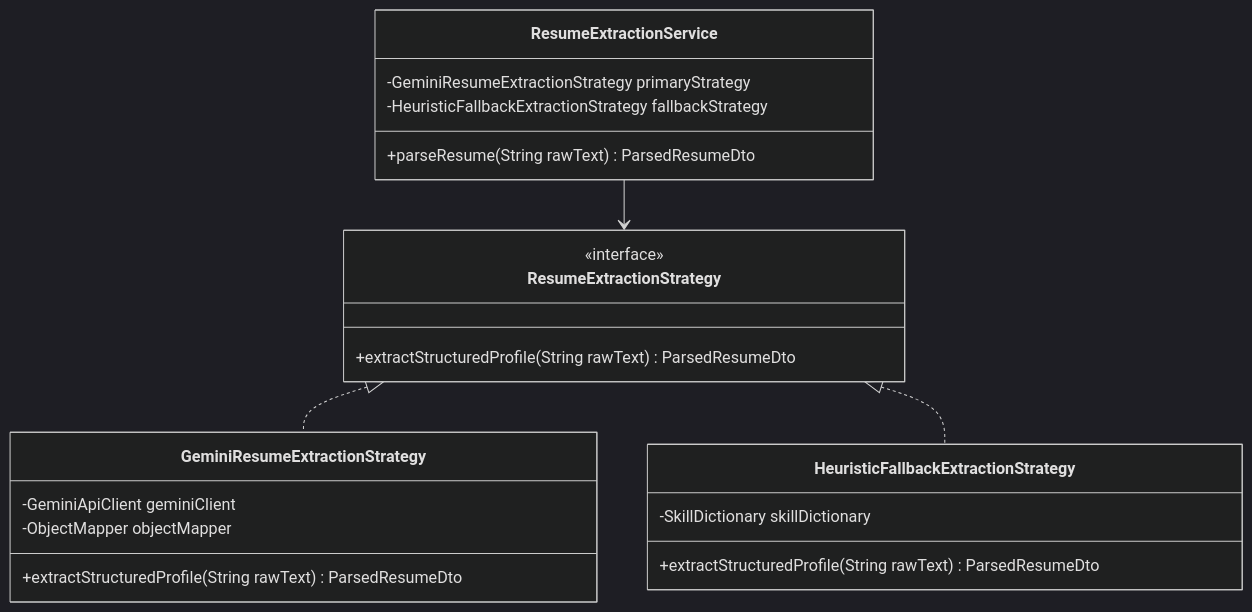
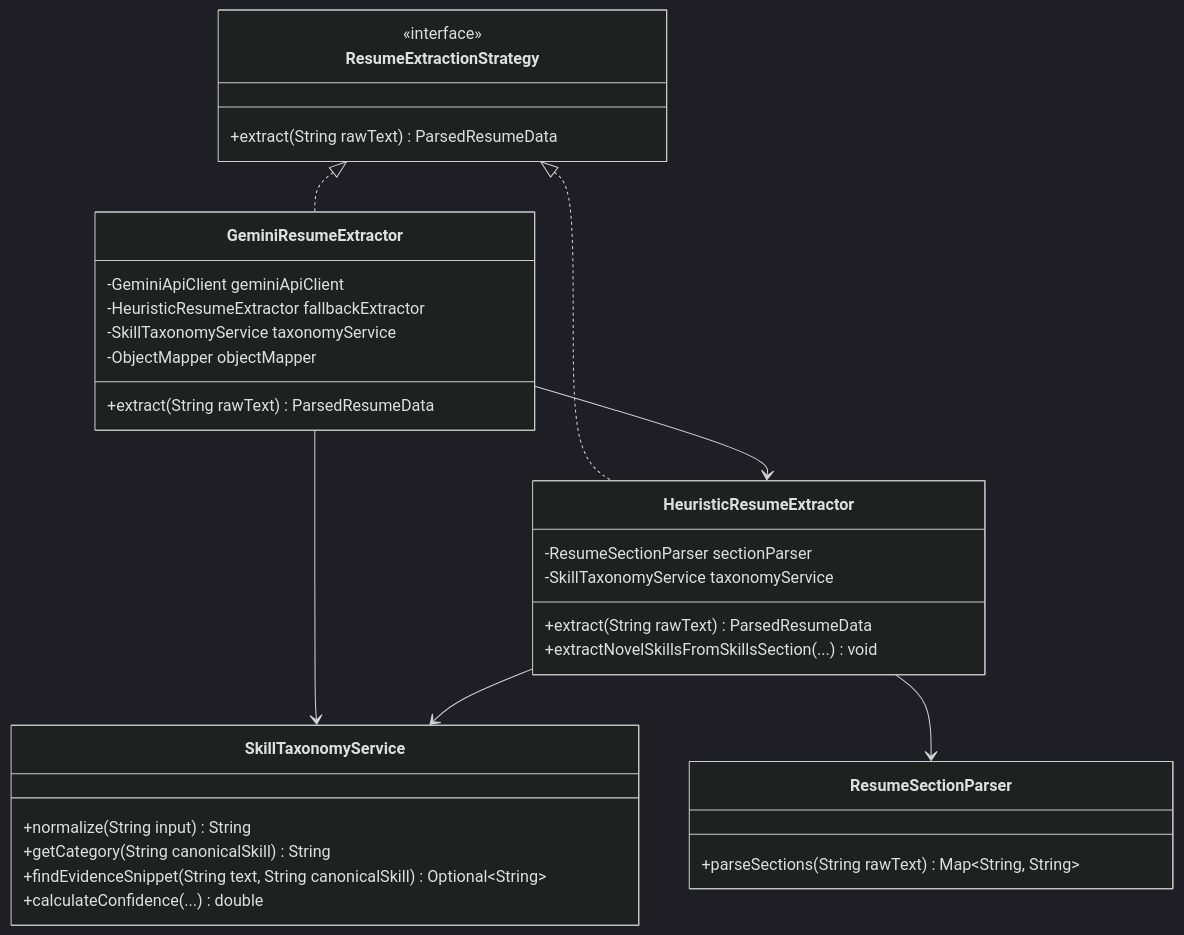
The first of 6 diagrams in docs/LOW_LEVEL_DESIGN.md (Sumanthrillex07/ZenHire), drawn with Mermaid (dark theme) before and after one commit. The commit also changed other lines of this file and 7 other files, not shown here.

Commit message:
docs: update readmes, architecture specs, database design, and learning notes for 5-section resume sync, taxonomy normalization, and skill preservation

````diff
--- a/docs/LOW_LEVEL_DESIGN.md
+++ b/docs/LOW_LEVEL_DESIGN.md
@@ -184,24 +184,35 @@
 ```mermaid
 classDiagram
     class ResumeExtractionStrategy {
         <<interface>>
-        +extractStructuredProfile(String rawText) ParsedResumeDto
+        +extract(String rawText) ParsedResumeData
     }
-    class GeminiResumeExtractionStrategy {
-        -GeminiApiClient geminiClient
+    class GeminiResumeExtractor {
+        -GeminiApiClient geminiApiClient
+        -HeuristicResumeExtractor fallbackExtractor
+        -SkillTaxonomyService taxonomyService
         -ObjectMapper objectMapper
-        +extractStructuredProfile(String rawText) ParsedResumeDto
+        +extract(String rawText) ParsedResumeData
     }
-    class HeuristicFallbackExtractionStrategy {
-        -SkillDictionary skillDictionary
-        +extractStructuredProfile(String rawText) ParsedResumeDto
+    class HeuristicResumeExtractor {
+        -ResumeSectionParser sectionParser
+        -SkillTaxonomyService taxonomyService
+        +extract(String rawText) ParsedResumeData
+        +extractNovelSkillsFromSkillsSection(...) void
     }
-    class ResumeExtractionService {
-        -GeminiResumeExtractionStrategy primaryStrategy
-        -HeuristicFallbackExtractionStrategy fallbackStrategy
-        +parseResume(String rawText) ParsedResumeDto
+    class ResumeSectionParser {
+        +parseSections(String rawText) Map~String, String~
     }
-    ResumeExtractionStrategy <|.. GeminiResumeExtractionStrategy
-    ResumeExtractionStrategy <|.. HeuristicFallbackExtractionStrategy
-    ResumeExtractionService --> ResumeExtractionStrategy
+    class SkillTaxonomyService {
+        +normalize(String input) String
+        +getCategory(String canonicalSkill) String
+        +findEvidenceSnippet(String text, String canonicalSkill) Optional~String~
+        +calculateConfidence(...) double
+    }
+    ResumeExtractionStrategy <|.. GeminiResumeExtractor
+    ResumeExtractionStrategy <|.. HeuristicResumeExtractor
+    GeminiResumeExtractor --> SkillTaxonomyService
+    GeminiResumeExtractor --> HeuristicResumeExtractor
+    HeuristicResumeExtractor --> ResumeSectionParser
+    HeuristicResumeExtractor --> SkillTaxonomyService
 ```
````
